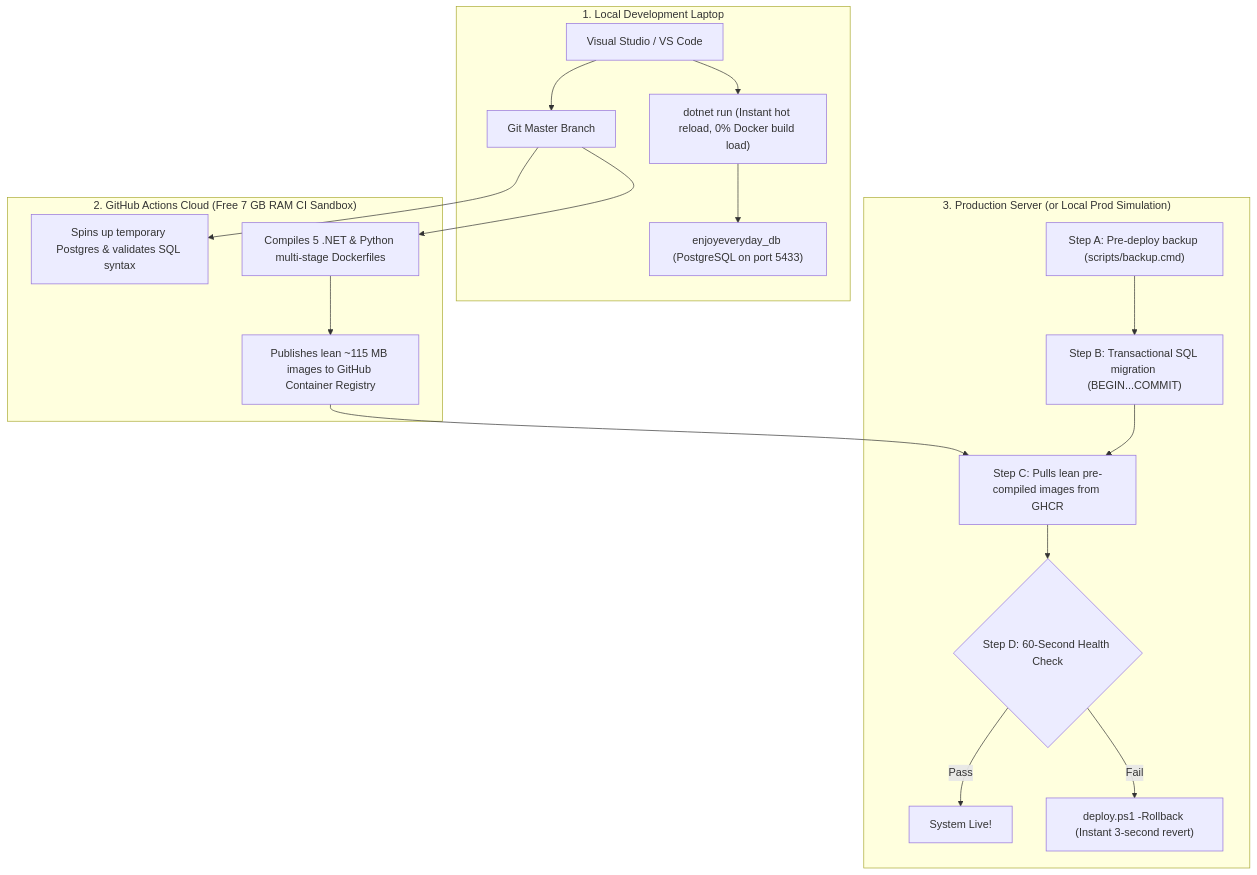
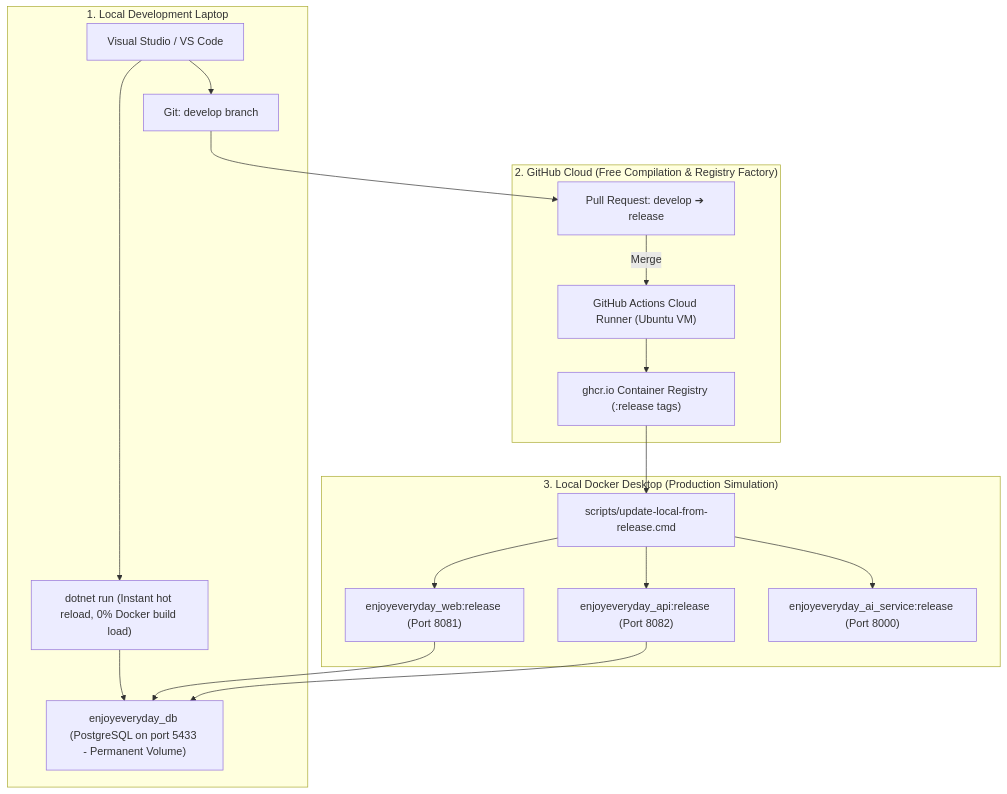
Before and after one commit to baskarkannappan/EnjoyEveryday: the first of 2 diagrams in docs/COMPLETE_SOLO_DEVELOPER_HANDBOOK.md, drawn with Mermaid. The commit also changed other lines of this file and 3 other files, not shown here.

Commit message:
docs(handbook): update solo developer guide with release pipeline, db safety script, and deploy fix

````diff
--- a/docs/COMPLETE_SOLO_DEVELOPER_HANDBOOK.md
+++ b/docs/COMPLETE_SOLO_DEVELOPER_HANDBOOK.md
@@ -30,34 +32,35 @@
 ```mermaid
 flowchart TD
     subgraph Laptop ["1. Local Development Laptop"]
         IDE["Visual Studio / VS Code"]
         NativeRun["dotnet run (Instant hot reload, 0% Docker build load)"]
-        LocalDB["enjoyeveryday_db (PostgreSQL on port 5433)"]
-        Git["Git Master Branch"]
+        LocalDB["enjoyeveryday_db (PostgreSQL on port 5433 - Permanent Volume)"]
+        GitDev["Git: develop branch"]
         IDE --> NativeRun
         NativeRun --> LocalDB
-        IDE --> Git
+        IDE --> GitDev
     end
 
-    subgraph GitHub ["2. GitHub Actions Cloud (Free 7 GB RAM CI Sandbox)"]
-        GHA_DB["Spins up temporary Postgres & validates SQL syntax"]
-        GHA_Build["Compiles 5 .NET & Python multi-stage Dockerfiles"]
-        GHCR["Publishes lean ~115 MB images to GitHub Container Registry"]
-        Git --> GHA_DB
-        Git --> GHA_Build --> GHCR
+    subgraph GitHub ["2. GitHub Cloud (Free Compilation & Registry Factory)"]
+        PR["Pull Request: develop ➔ release"]
+        GHA_Build["GitHub Actions Cloud Runner (Ubuntu VM)"]
+        GHCR["ghcr.io Container Registry (:release tags)"]
+        GitDev --> PR
+        PR -- Merge --> GHA_Build
+        GHA_Build --> GHCR
     end
 
-    subgraph Production ["3. Production Server (or Local Prod Simulation)"]
-        Snap["Step A: Pre-deploy backup (scripts/backup.cmd)"]
-        SQL["Step B: Transactional SQL migration (BEGIN...COMMIT)"]
-        Pull["Step C: Pulls lean pre-compiled images from GHCR"]
-        Health{"Step D: 60-Second Health Check"}
-        Live["System Live!"]
-        Rollback["deploy.ps1 -Rollback (Instant 3-second revert)"]
-
-        GHCR --> Pull
-        Snap --> SQL --> Pull --> Health
-        Health -- Pass --> Live
-        Health -- Fail --> Rollback
+    subgraph DockerDesktop ["3. Local Docker Desktop (Production Simulation)"]
+        UpdateCmd["scripts/update-local-from-release.cmd"]
+        WebContainer["enjoyeveryday_web:release (Port 8081)"]
+        APIContainer["enjoyeveryday_api:release (Port 8082)"]
+        AIContainer["enjoyeveryday_ai_service:release (Port 8000)"]
+        
+        GHCR --> UpdateCmd
+        UpdateCmd --> WebContainer
+        UpdateCmd --> APIContainer
+        UpdateCmd --> AIContainer
+        WebContainer --> LocalDB
+        APIContainer --> LocalDB
     end
 ```
````
